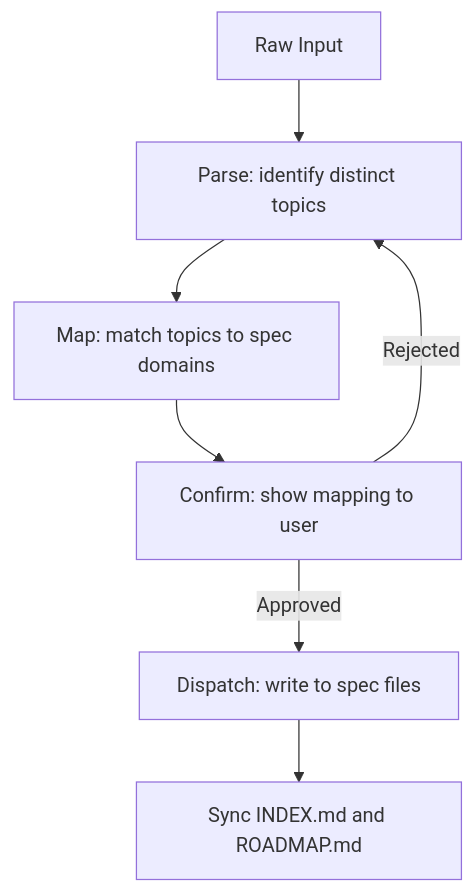
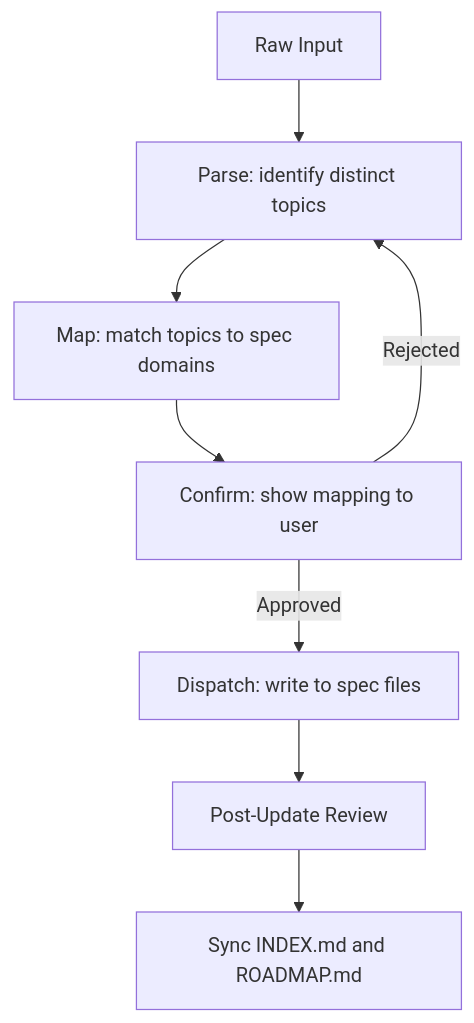
The second of 3 diagrams in .agent/workflows/specification.md (teratron/bevy-launchpad), drawn with Mermaid before and after one commit. The commit also changed other lines of this file and 4 other files, not shown here.

````diff
--- a/.agent/workflows/specification.md
+++ b/.agent/workflows/specification.md
@@ -57,9 +58,10 @@
 ```mermaid
 graph TD
     A[Raw Input] --> B[Parse: identify distinct topics]
     B --> C[Map: match topics to spec domains]
     C --> D[Confirm: show mapping to user]
     D -->|Approved| E[Dispatch: write to spec files]
     D -->|Rejected| B
-    E --> F[Sync INDEX.md and ROADMAP.md]
+    E --> F[Post-Update Review]
+    F --> G[Sync INDEX.md and ROADMAP.md]
 ```
````
